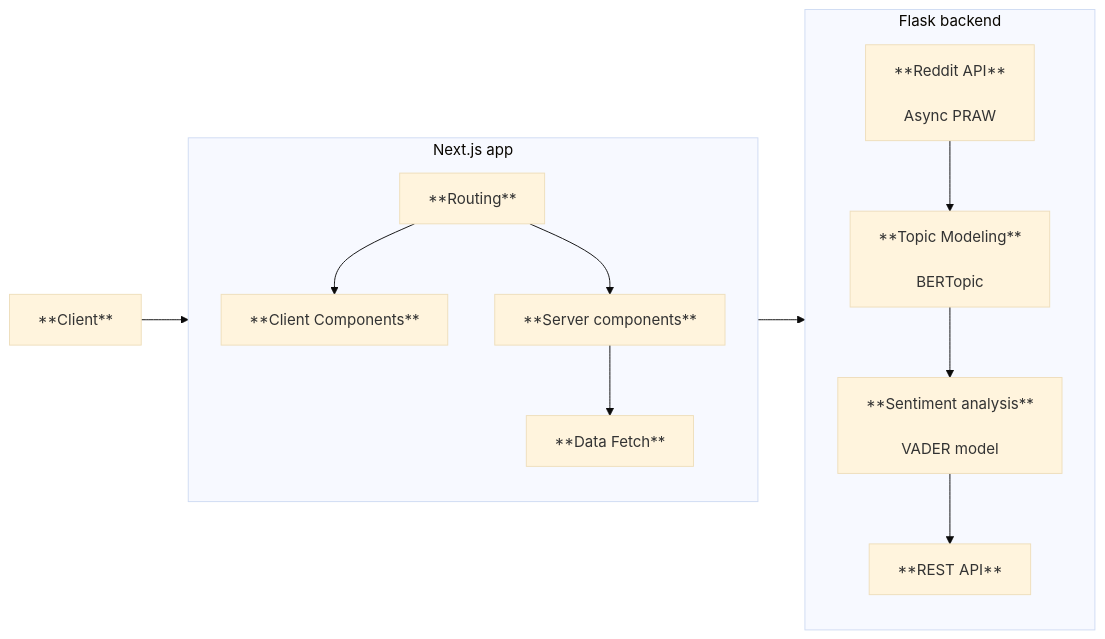
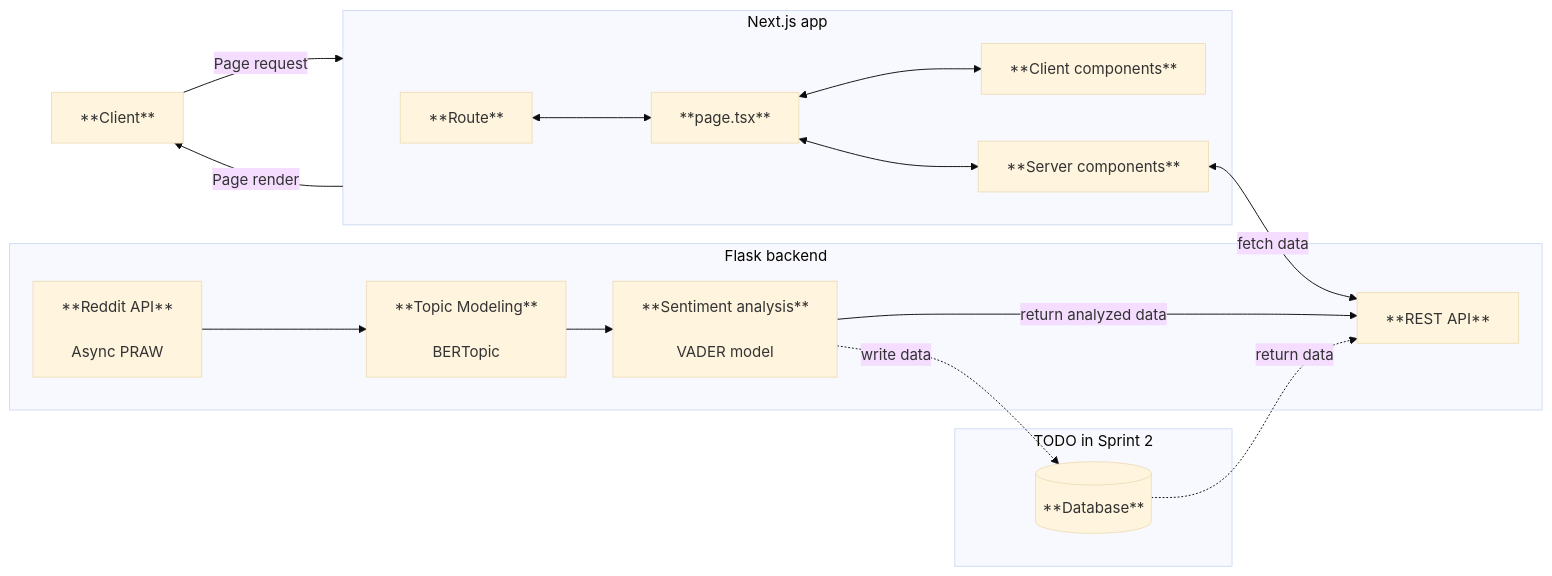
Before and after one commit to ohjelmistoprojekti-ii-reddit-app/.github: the diagram in profile/README.md, drawn with Mermaid (base theme).

Commit message:
updated overview

````diff
--- a/profile/README.md
+++ b/profile/README.md
@@ -16,29 +16,40 @@
 ```mermaid
 flowchart LR
     %% Client node
-    A[**Client**] --> B[Next.js]
+    A[**Client**] -- Page request --> B[Next.js]
+    B[Next.js] -- Page render -->A[**Client**]
 
     %% Next.js
     subgraph B[Next.js app]
-        B1[**Routing**]
-        B2[**Client Components**]
-        B3[**Server components**]
-        B4[**Data Fetch**]
+        B1[**Route**]
+        B2[**page.tsx**]
+        B3[**Client components**]
+        B4[**Server components**]
 
-        B1 --> B2
-        B1 --> B3 
-        B3 --> B4
+        B1 <--> B2
+        B2 <--> B3
+        B2 <--> B4 
     end
 
-    B --> C[Flask Backend]
+    C[Flask Backend]
 
     %% Flask
     subgraph C[Flask backend]
         C1[**Reddit API**<br/><br/>Async PRAW<br/>]
         C2[**Topic Modeling**<br/><br/>BERTopic<br/>]
         C3[**Sentiment analysis**<br/><br/>VADER model<br/>]
         C4[**REST API**]
+        B4<-- fetch data --> C4
+        C1 --> C2 --> C3 -- return analyzed data --> C4  
+    end
 
-        C1 --> C2 --> C3 --> C4
+    D[Sprint 2]
+
+    %% Sprint 2
+    subgraph D[TODO in Sprint 2]
+        D1[(**Database**)]
+
+        C3 -. write data .-> D1
+        D1 -. return data .-> C4
     end
 ```
````
